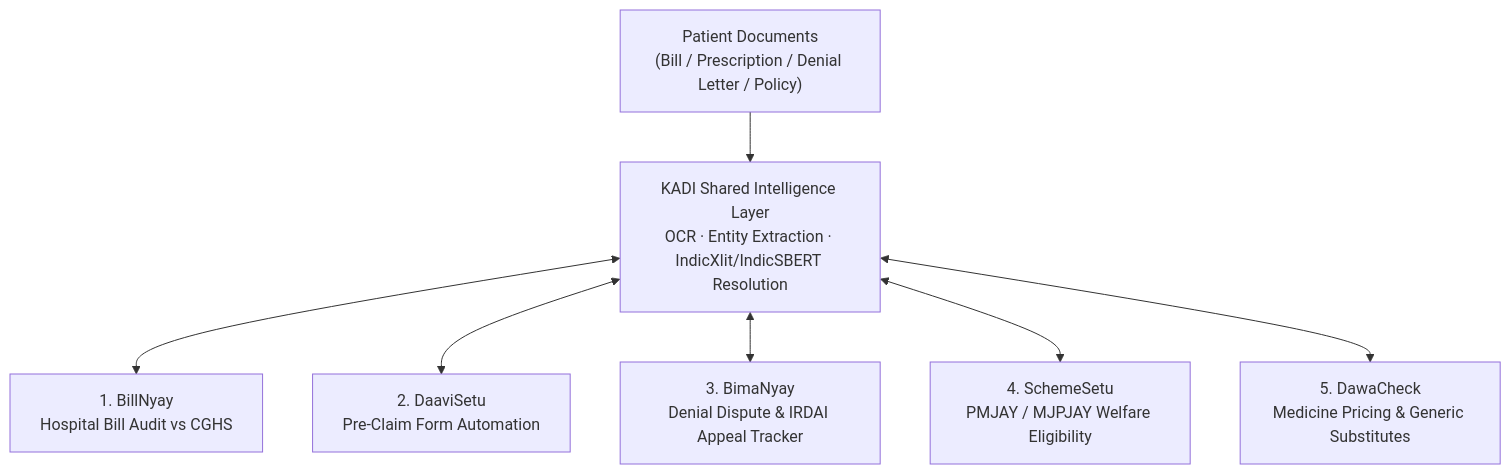
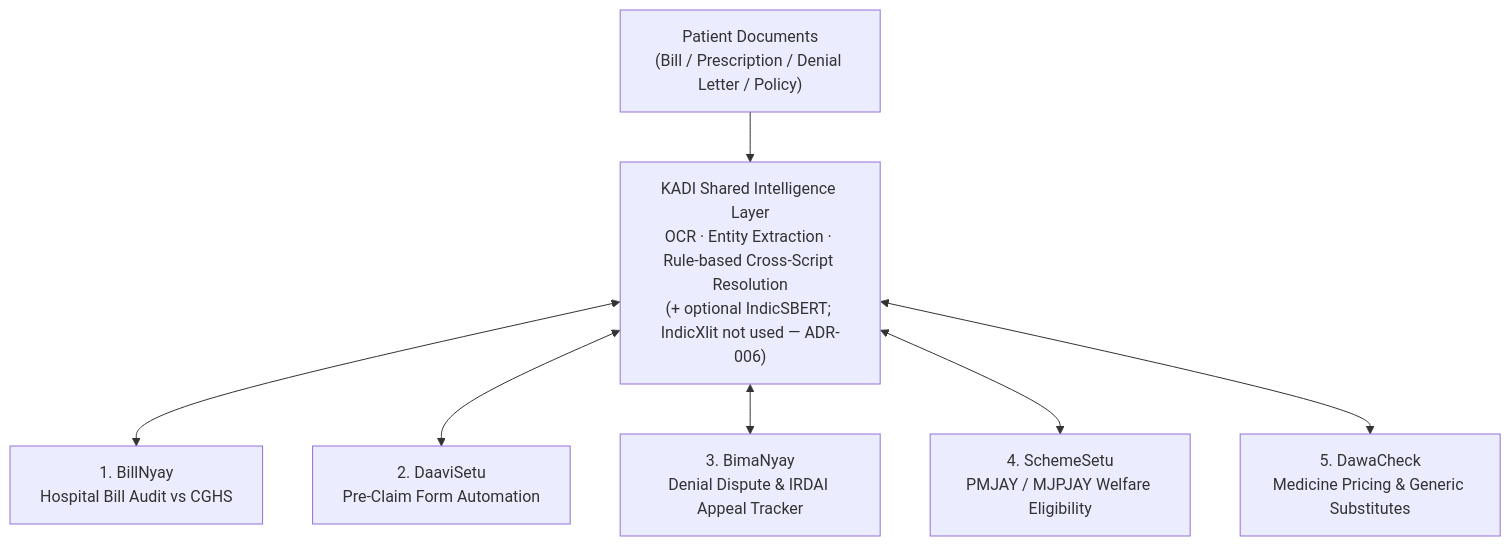
One commit to Viraj281105/Arogyarakshak changed the diagram in PROJECT_CONTEXT.md. Above: the diagram before and after it, drawn with Mermaid. The commit also changed other lines of this file, not shown here.

````diff
--- a/PROJECT_CONTEXT.md
+++ b/PROJECT_CONTEXT.md
@@ -39,10 +33,10 @@
 ```mermaid
 flowchart TD
-    Doc["Patient Documents<br/>(Bill / Prescription / Denial Letter / Policy)"] --> Kadi["KADI Shared Intelligence Layer<br/>OCR · Entity Extraction · IndicXlit/IndicSBERT Resolution"]
+    Doc["Patient Documents<br/>(Bill / Prescription / Denial Letter / Policy)"] --> Kadi["KADI Shared Intelligence Layer<br/>OCR · Entity Extraction · Rule-based Cross-Script Resolution<br/>(+ optional IndicSBERT; IndicXlit not used — ADR-006)"]
     
     Kadi <--> BN["1. BillNyay<br/>Hospital Bill Audit vs CGHS"]
     Kadi <--> DS["2. DaaviSetu<br/>Pre-Claim Form Automation"]
     Kadi <--> BMN["3. BimaNyay<br/>Denial Dispute & IRDAI Appeal Tracker"]
     Kadi <--> SS["4. SchemeSetu<br/>PMJAY / MJPJAY Welfare Eligibility"]
     Kadi <--> DC["5. DawaCheck<br/>Medicine Pricing & Generic Substitutes"]
 ```
````
